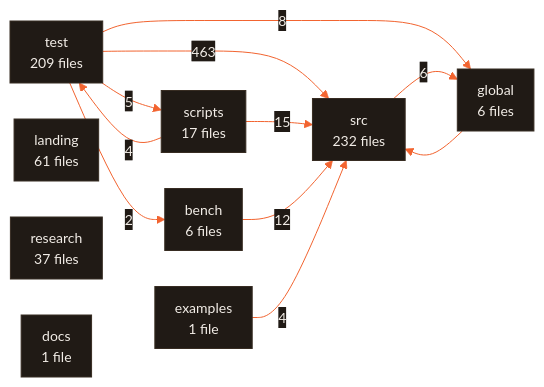
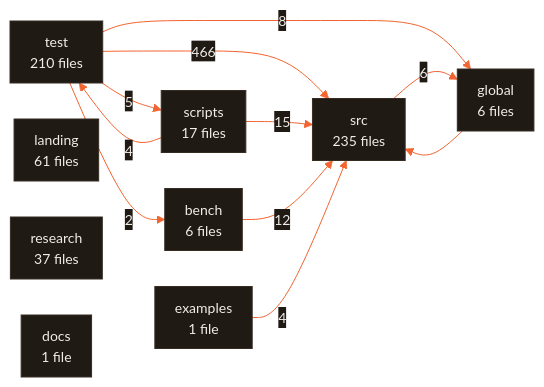
The diagram in ARCHITECTURE.md (CodeWithJuber/forgekit), drawn with Mermaid before and after one commit. The commit also changed 14 other files, not shown here.

````diff
--- a/ARCHITECTURE.md
+++ b/ARCHITECTURE.md
@@ -677,23 +677,23 @@
 ```mermaid
 %%{init: {'theme':'base','themeVariables':{'primaryColor':'#201a15','primaryTextColor':'#f2ede7','primaryBorderColor':'#372c22','lineColor':'#f26430','secondaryColor':'#272019','tertiaryColor':'#171310','edgeLabelBackground':'#201a15','clusterBkg':'#171310','clusterBorder':'#4a3b2e','fontFamily':'ui-sans-serif, system-ui, sans-serif','fontSize':'14px'},'flowchart':{'curve':'basis','padding':10,'nodeSpacing':36,'rankSpacing':44}}}%%
 flowchart LR
-  src["src<br/>232 files"]
-  test["test<br/>209 files"]
+  src["src<br/>235 files"]
+  test["test<br/>210 files"]
   landing["landing<br/>61 files"]
   research["research<br/>37 files"]
   scripts["scripts<br/>17 files"]
   bench["bench<br/>6 files"]
   global["global<br/>6 files"]
   docs["docs<br/>1 file"]
   examples["examples<br/>1 file"]
-  test -- 463 --> src
+  test -- 466 --> src
   scripts -- 15 --> src
   bench -- 12 --> src
   test -- 8 --> global
   src -- 6 --> global
   test -- 5 --> scripts
   examples -- 4 --> src
   scripts -- 4 --> test
   test -- 2 --> bench
   global --> src
 ```
````
